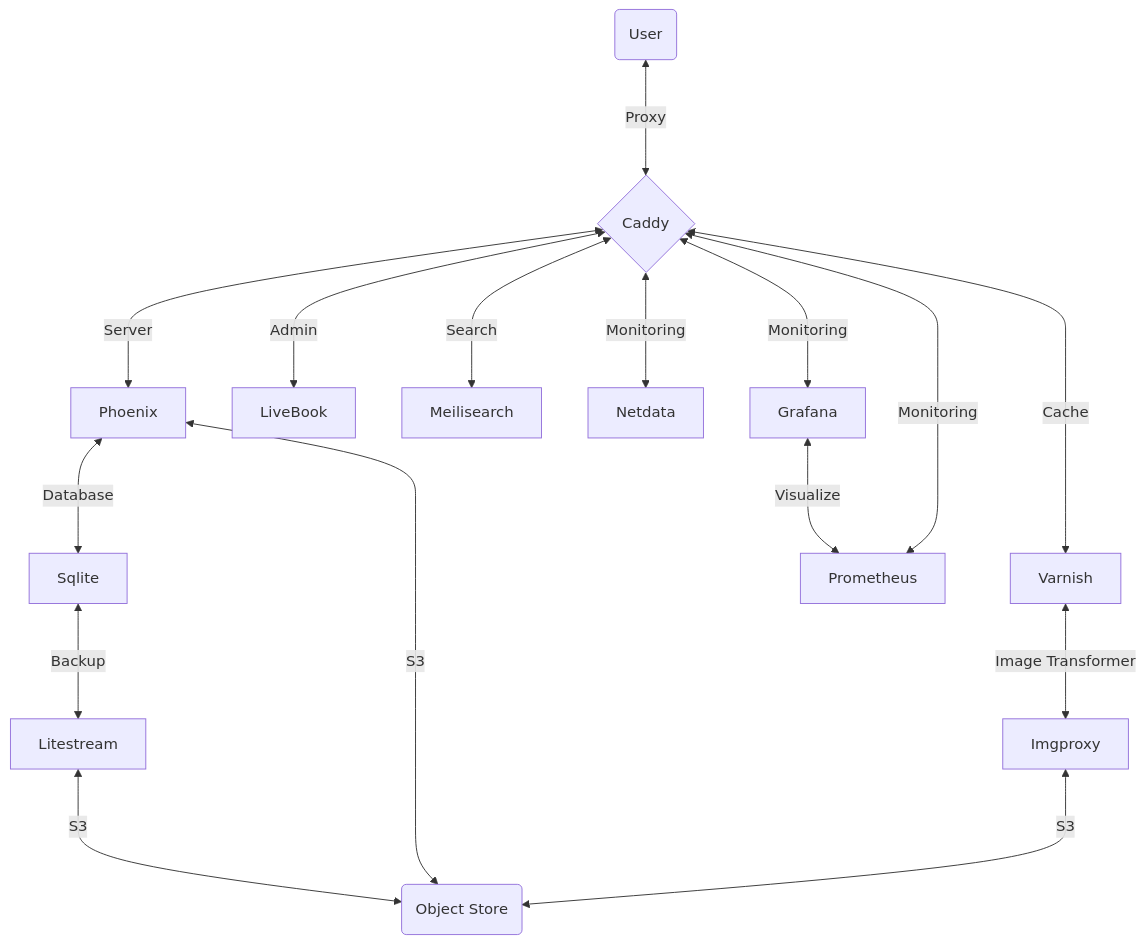
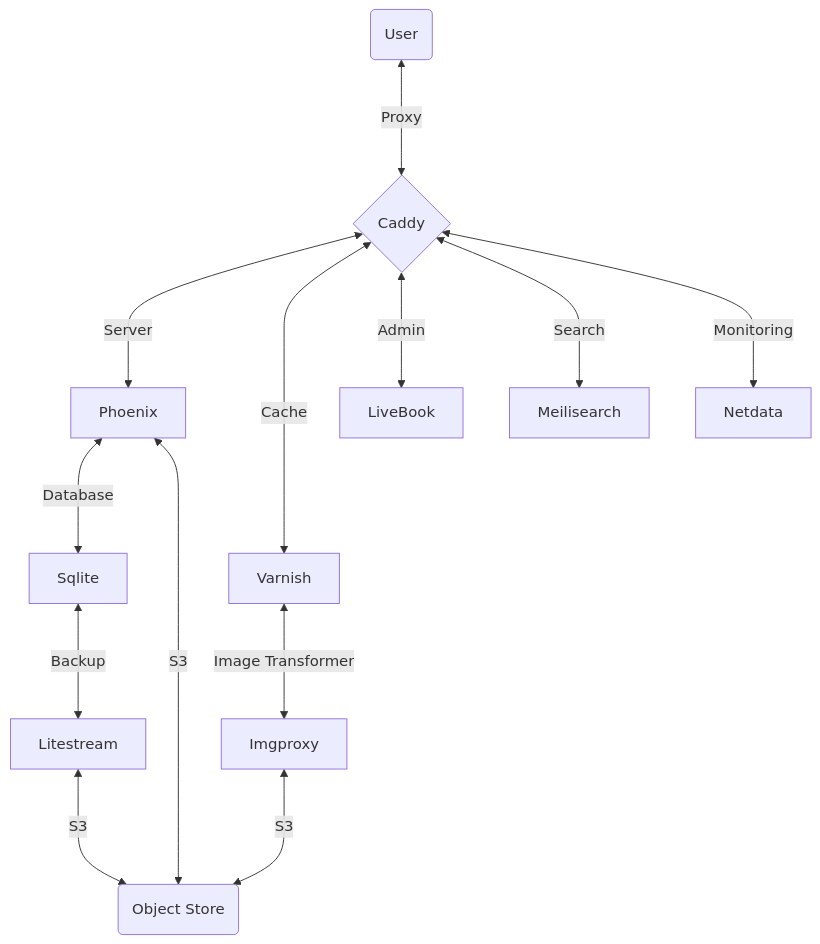
The diagram in README.md (derpycoder/derpycoder), drawn with Mermaid before and after one commit.

````diff
--- a/README.md
+++ b/README.md
@@ -23,25 +23,21 @@
 ```mermaid
 graph TD
 
 U(User) <---> |Proxy| C{Caddy}
 C{Caddy} <---> |Server| Phoenix
 
 Phoenix <---> |Database| Sqlite
 Phoenix <---> |S3| S3(Object Store)
 
+C{Caddy} <---> |Cache| Varnish
+Varnish <---> |Image Transformer| Imgproxy
+Imgproxy <---> |S3| S3(Object Store)
+
 Sqlite <---> |Backup| Litestream
 Litestream <---> |S3| S3(Object Store)
 
 C{Caddy} <---> |Admin| LiveBook
 C{Caddy} <---> |Search| Meilisearch
 
 C{Caddy} <---> |Monitoring| Netdata
-
-C{Caddy} <---> |Monitoring| Grafana
-C{Caddy} <---> |Monitoring| Prometheus
-Grafana <---> |Visualize| Prometheus
-
-C{Caddy} <---> |Cache| Varnish
-Varnish <---> |Image Transformer| Imgproxy
-Imgproxy <---> |S3| S3(Object Store)
 ```
````
